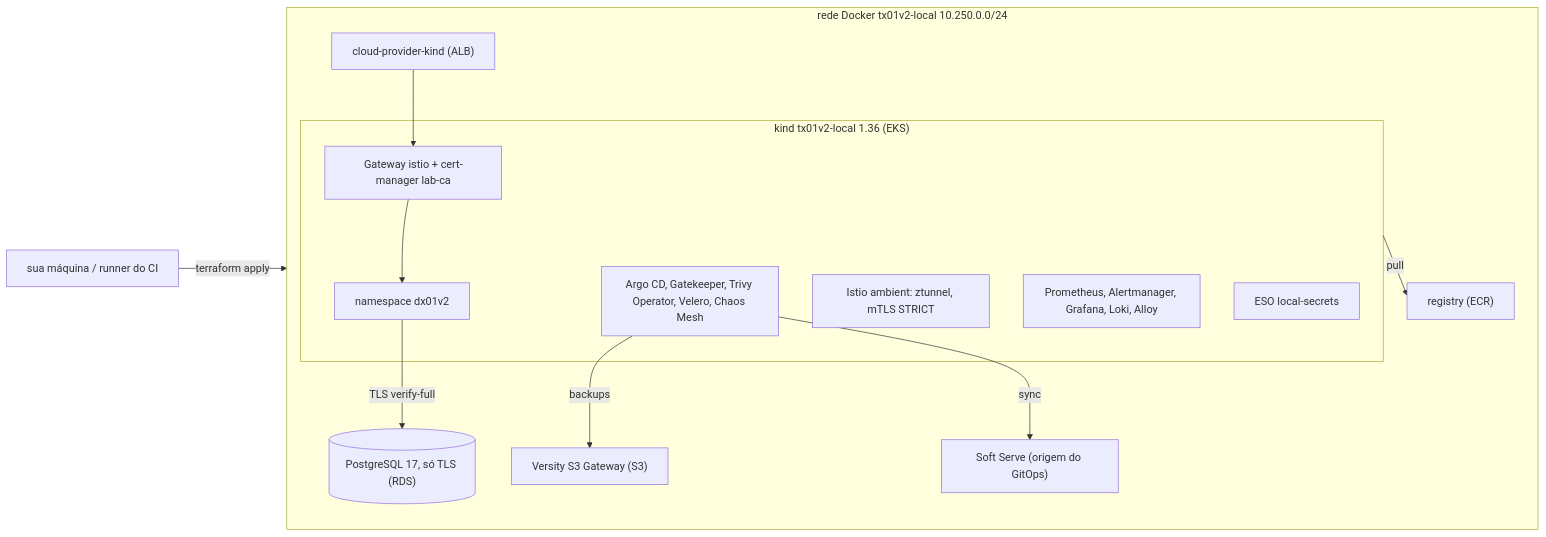
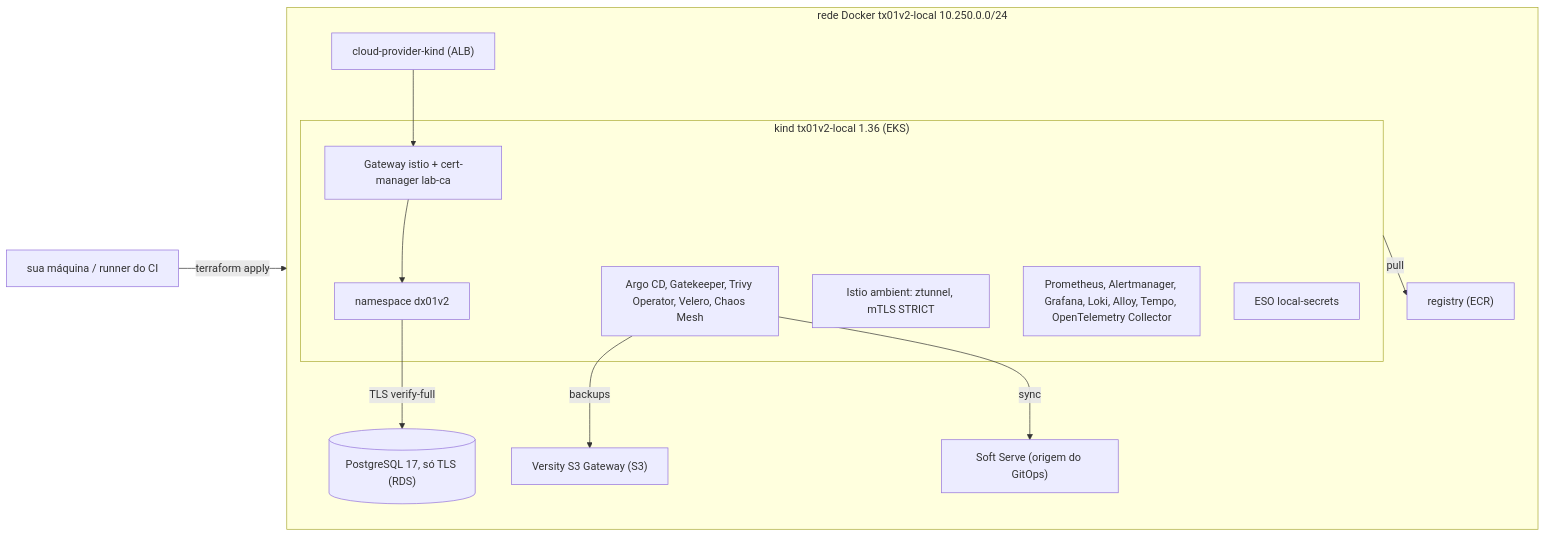
Before and after one commit to maringelix/tx01v2: the second of 2 diagrams in docs/ARQUITETURA.md, drawn with Mermaid. The commit also changed other lines of this file and 29 other files, not shown here.

First line of the commit message:
feat: OpenTelemetry traces, Slack alerts, chaos latency/stress (contract v2) (#9)

````diff
--- a/docs/ARQUITETURA.md
+++ b/docs/ARQUITETURA.md
@@ -59,24 +59,24 @@
 ```mermaid
 flowchart LR
   dev["sua máquina / runner do CI"] -->|terraform apply| net
   subgraph net["rede Docker tx01v2-local 10.250.0.0/24"]
     reg["registry (ECR)"]
     db[("PostgreSQL 17, só TLS (RDS)")]
     s3["Versity S3 Gateway (S3)"]
     git["Soft Serve (origem do GitOps)"]
     lb["cloud-provider-kind (ALB)"]
     subgraph kind["kind tx01v2-local 1.36 (EKS)"]
       gw["Gateway istio + cert-manager lab-ca"]
       mesh["Istio ambient: ztunnel, mTLS STRICT"]
-      obs["Prometheus, Alertmanager, Grafana, Loki, Alloy"]
+      obs["Prometheus, Alertmanager, Grafana, Loki, Alloy, Tempo, OpenTelemetry Collector"]
       ops["Argo CD, Gatekeeper, Trivy Operator, Velero, Chaos Mesh"]
       eso["ESO local-secrets"]
       app["namespace dx01v2"]
     end
   end
   lb --> gw --> app
   app -->|TLS verify-full| db
   ops -->|backups| s3
   ops -->|sync| git
   kind -->|pull| reg
 ```
````
